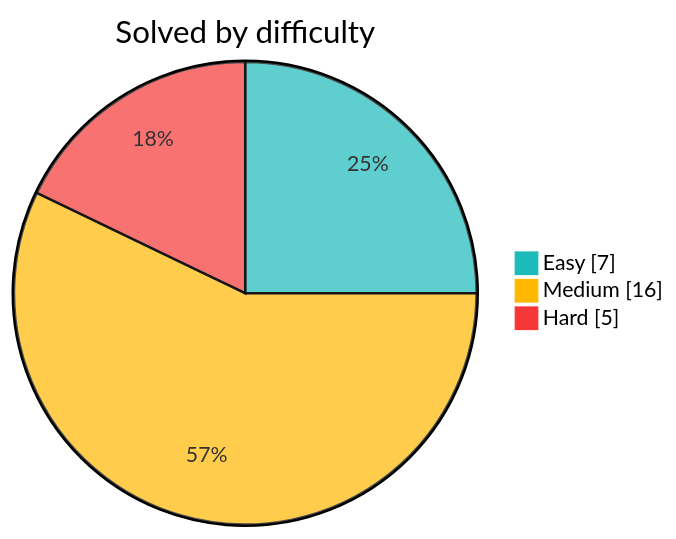
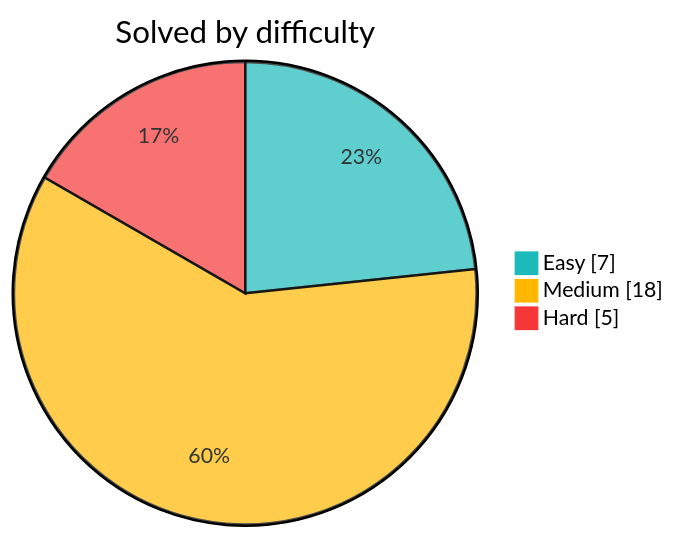
One commit to Sekler09/algorithms changed the diagram in README.md. Above: the diagram before and after it, drawn with Mermaid. The commit also changed other lines of this file and 3 other files, not shown here.

````diff
--- a/README.md
+++ b/README.md
@@ -9,8 +9,8 @@
 ```mermaid
 %%{init: {"themeVariables": {"pie1": "#1cbaba", "pie2": "#ffb700", "pie3": "#f63737"}}}%%
 pie showData
     title Solved by difficulty
     "Easy" : 7
-    "Medium" : 16
+    "Medium" : 18
     "Hard" : 5
 ```
````
